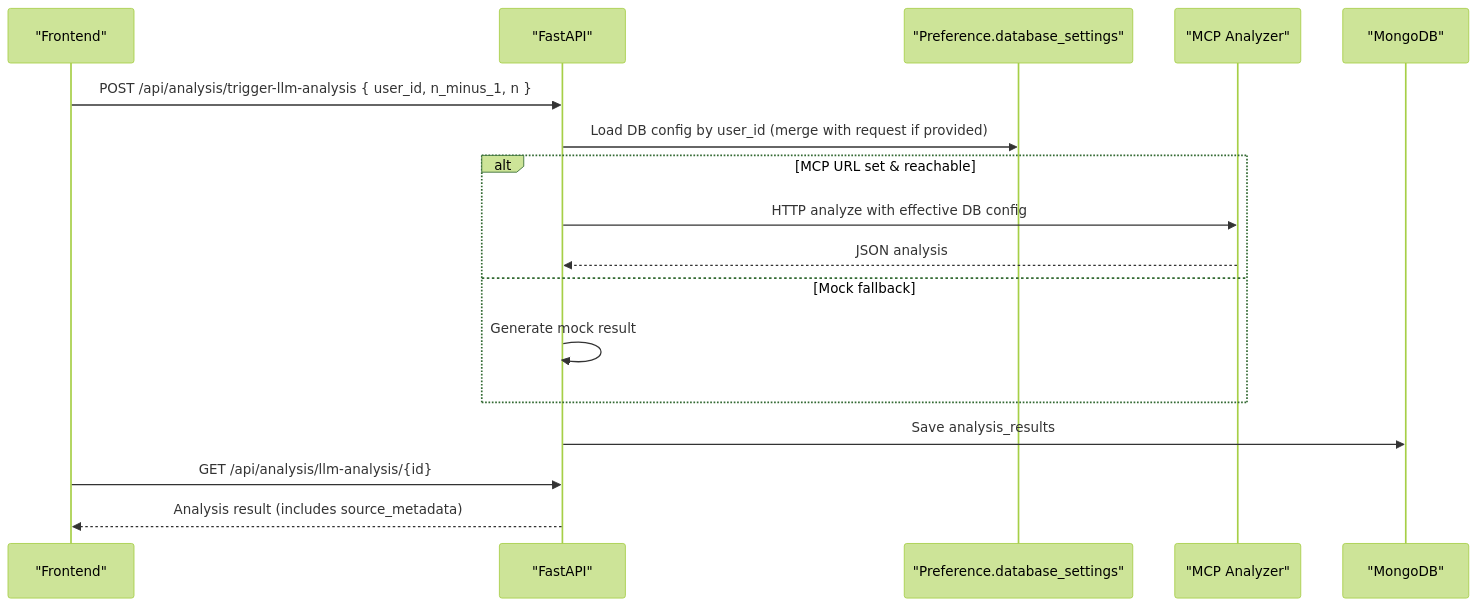
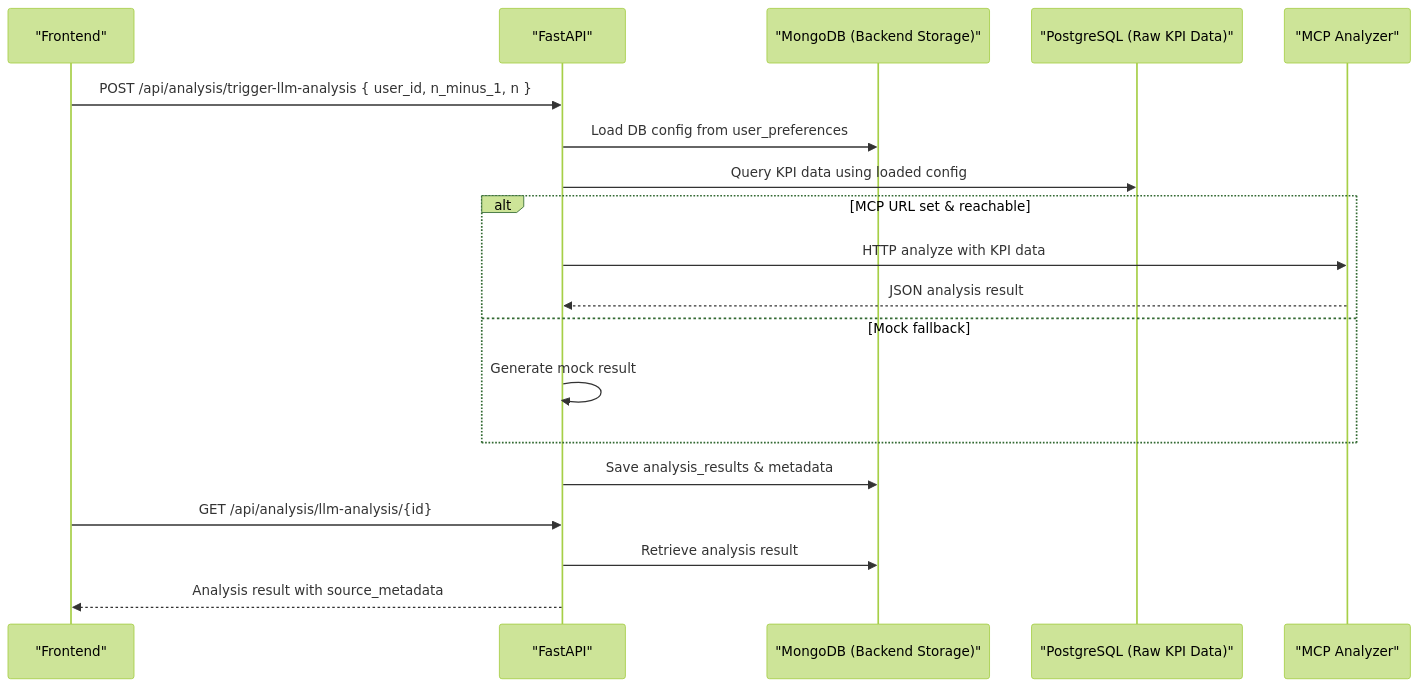
The third of 4 diagrams in kpi_dashboard/docs/architecture.md (Ranponim/0809), drawn with Mermaid (forest theme) before and after one commit. The commit also changed other lines of this file and 118 other files, not shown here.

````diff
--- a/kpi_dashboard/docs/architecture.md
+++ b/kpi_dashboard/docs/architecture.md
@@ -40,20 +45,22 @@
 ```mermaid
 sequenceDiagram
   participant FE as "Frontend"
   participant BE as "FastAPI"
-  participant Pref as "Preference.database_settings"
+  participant MG as "MongoDB (Backend Storage)"
+  participant PG as "PostgreSQL (Raw KPI Data)"
   participant MCP as "MCP Analyzer"
-  participant MDB as "MongoDB"
 
   FE->>BE: POST /api/analysis/trigger-llm-analysis { user_id, n_minus_1, n }
-  BE->>Pref: Load DB config by user_id (merge with request if provided)
+  BE->>MG: Load DB config from user_preferences
+  BE->>PG: Query KPI data using loaded config
   alt MCP URL set & reachable
-    BE->>MCP: HTTP analyze with effective DB config
-    MCP-->>BE: JSON analysis
+    BE->>MCP: HTTP analyze with KPI data
+    MCP-->>BE: JSON analysis result
   else Mock fallback
     BE->>BE: Generate mock result
   end
-  BE->>MDB: Save analysis_results
+  BE->>MG: Save analysis_results & metadata
   FE->>BE: GET /api/analysis/llm-analysis/{id}
-  BE-->>FE: Analysis result (includes source_metadata)
+  BE->>MG: Retrieve analysis result
+  BE-->>FE: Analysis result with source_metadata
 ```
````
